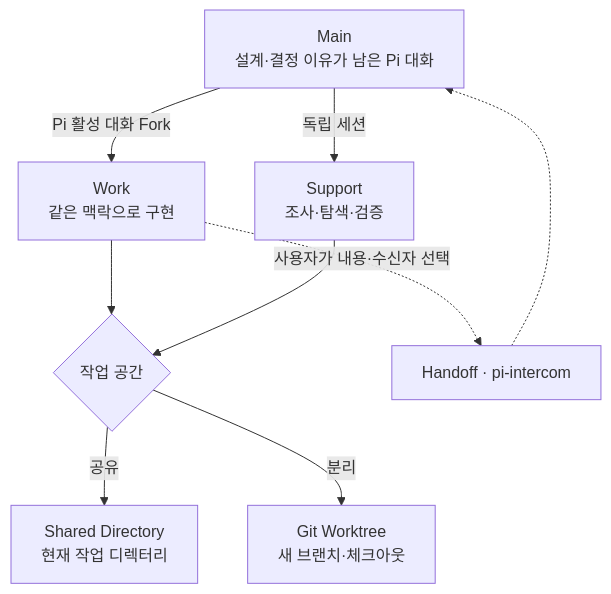
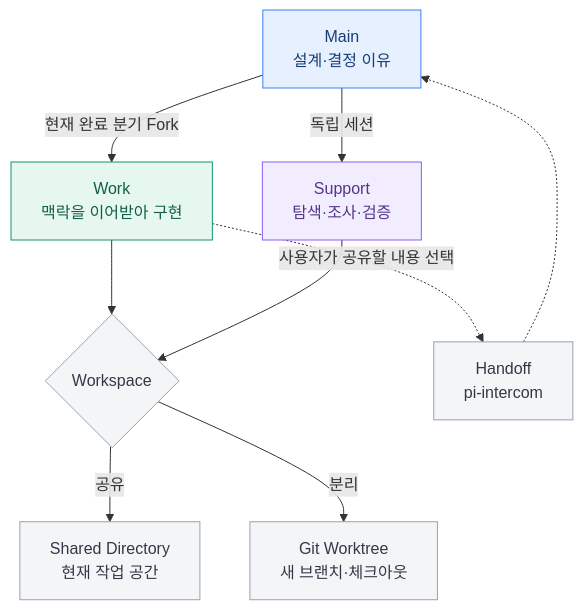
Before and after one commit to SEONGMINY/pi-compose: the diagram in README.md, drawn with Mermaid. The commit also changed other lines of this file, not shown here.

````diff
--- a/README.md
+++ b/README.md
@@ -69,12 +79,21 @@
 ```mermaid
 flowchart TB
-    Main["Main<br/>설계·결정 이유가 남은 Pi 대화"]
-    Main -->|"Pi 활성 대화 Fork"| Work["Work<br/>같은 맥락으로 구현"]
-    Main -->|"독립 세션"| Support["Support<br/>조사·탐색·검증"]
-    Work --> Workspace{"작업 공간"}
-    Support --> Workspace
-    Workspace -->|"공유"| Shared["Shared Directory<br/>현재 작업 디렉터리"]
-    Workspace -->|"분리"| Git["Git Worktree<br/>새 브랜치·체크아웃"]
-    Work -.->|"사용자가 내용·수신자 선택"| Handoff["Handoff · pi-intercom"]
-    Handoff -.-> Main
+    M["Main<br/>설계·결정 이유"]
+    M -->|"현재 완료 분기 Fork"| W["Work<br/>맥락을 이어받아 구현"]
+    M -->|"독립 세션"| S["Support<br/>탐색·조사·검증"]
+    W --> X{"Workspace"}
+    S --> X
+    X -->|"공유"| D["Shared Directory<br/>현재 작업 공간"]
+    X -->|"분리"| G["Git Worktree<br/>새 브랜치·체크아웃"]
+    W -.->|"사용자가 공유할 내용 선택"| H["Handoff<br/>pi-intercom"]
+    H -.-> M
+
+    classDef main fill:#E7F0FF,stroke:#3B82F6,color:#153E75;
+    classDef work fill:#E6F7EF,stroke:#15966C,color:#135E46;
+    classDef support fill:#F1EDFF,stroke:#8B5CF6,color:#55348A;
+    classDef neutral fill:#F4F5F7,stroke:#98A2B3,color:#303948;
+    class M main;
+    class W work;
+    class S support;
+    class X,D,G,H neutral;
 ```
````
